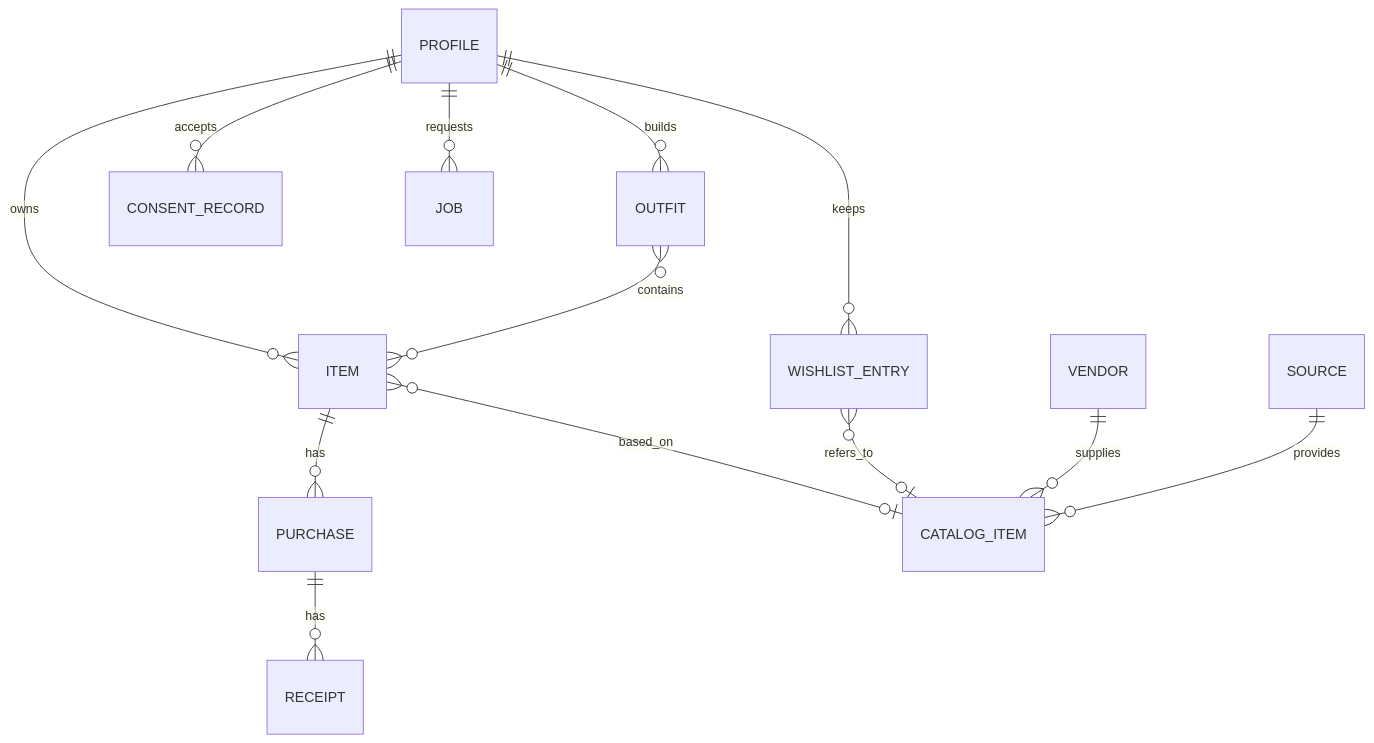
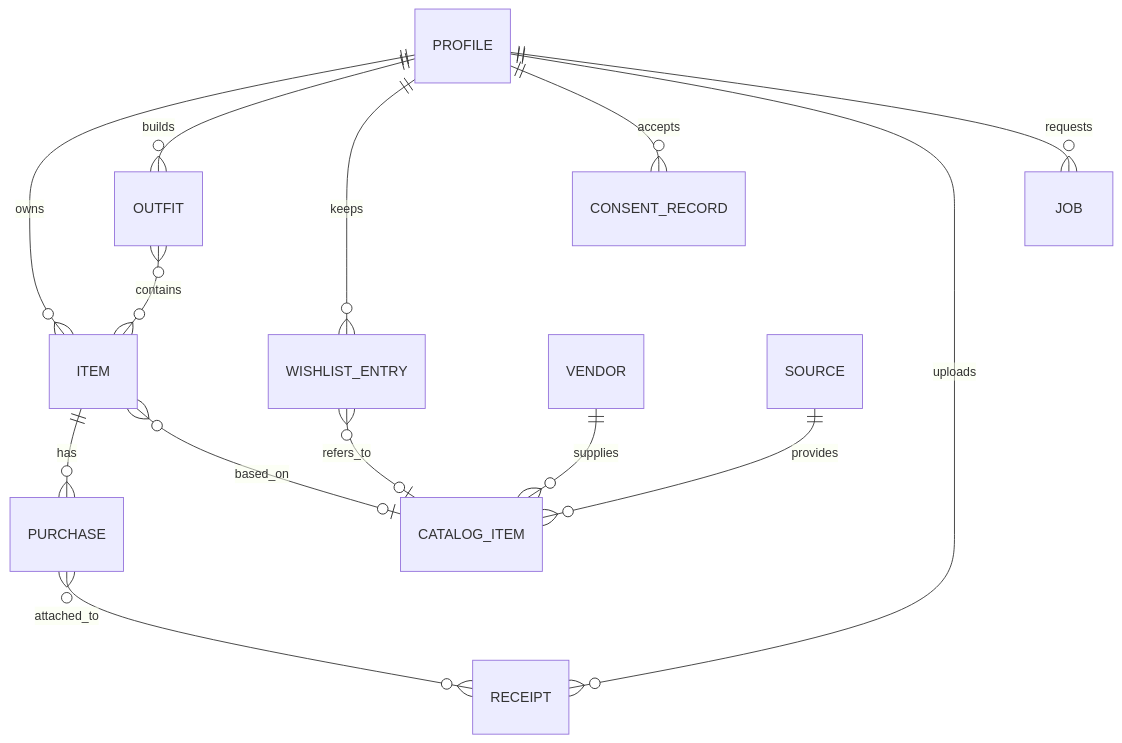
The fourth of 4 diagrams in docs/HLD.md (ambarishsengupta/sparta), drawn with Mermaid before and after one commit. The commit also changed other lines of this file and 12 other files, not shown here.

````diff
--- a/docs/HLD.md
+++ b/docs/HLD.md
@@ -163,15 +166,16 @@
 ```mermaid
 erDiagram
   PROFILE ||--o{ ITEM : owns
   PROFILE ||--o{ OUTFIT : builds
   PROFILE ||--o{ WISHLIST_ENTRY : keeps
   PROFILE ||--o{ CONSENT_RECORD : accepts
   ITEM ||--o{ PURCHASE : has
-  PURCHASE ||--o{ RECEIPT : has
+  PROFILE ||--o{ RECEIPT : uploads
+  PURCHASE }o--o{ RECEIPT : attached_to
   OUTFIT }o--o{ ITEM : contains
   ITEM }o--o| CATALOG_ITEM : based_on
   WISHLIST_ENTRY }o--o| CATALOG_ITEM : refers_to
   VENDOR ||--o{ CATALOG_ITEM : supplies
   SOURCE ||--o{ CATALOG_ITEM : provides
   PROFILE ||--o{ JOB : requests
 ```
````
